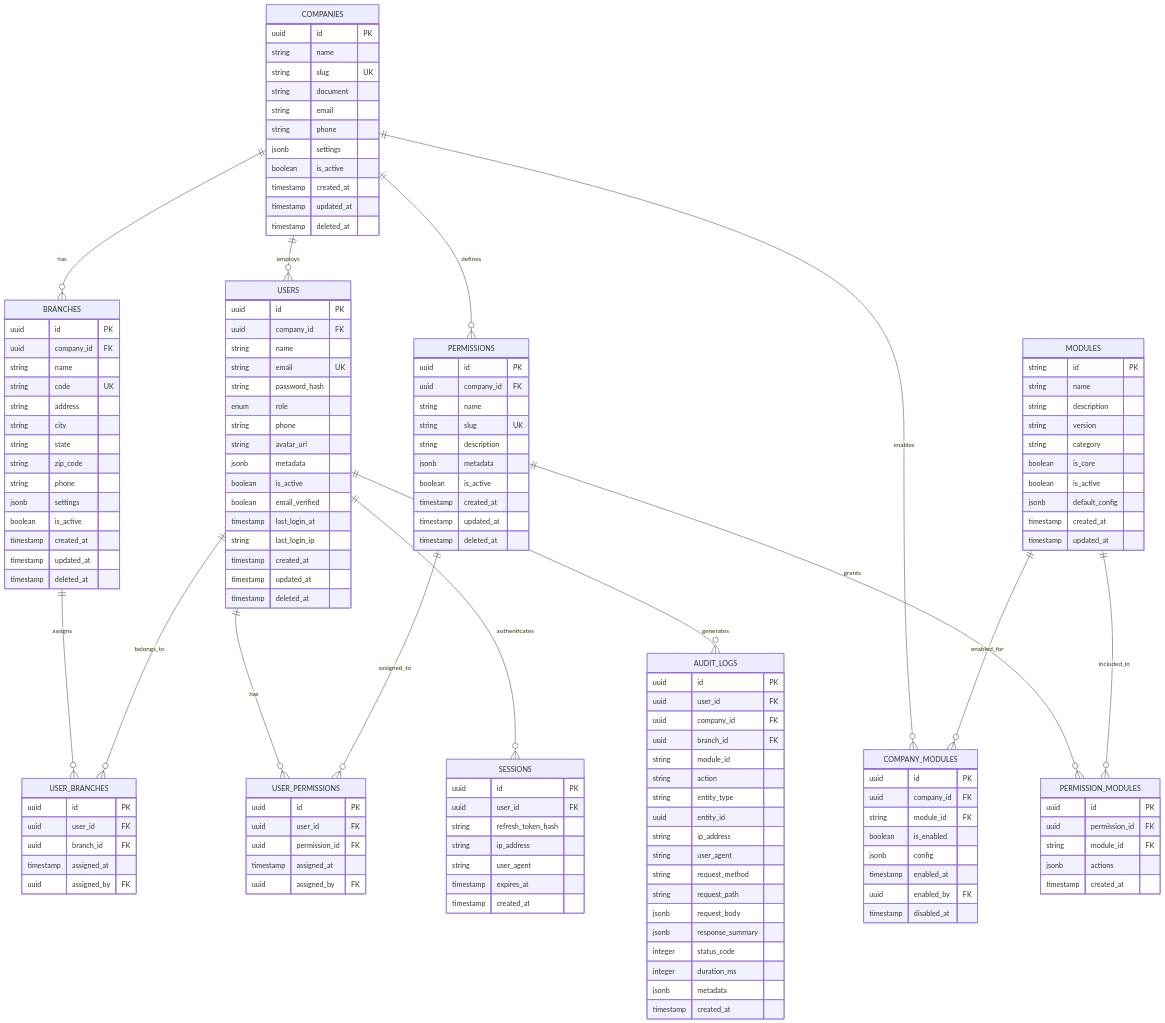
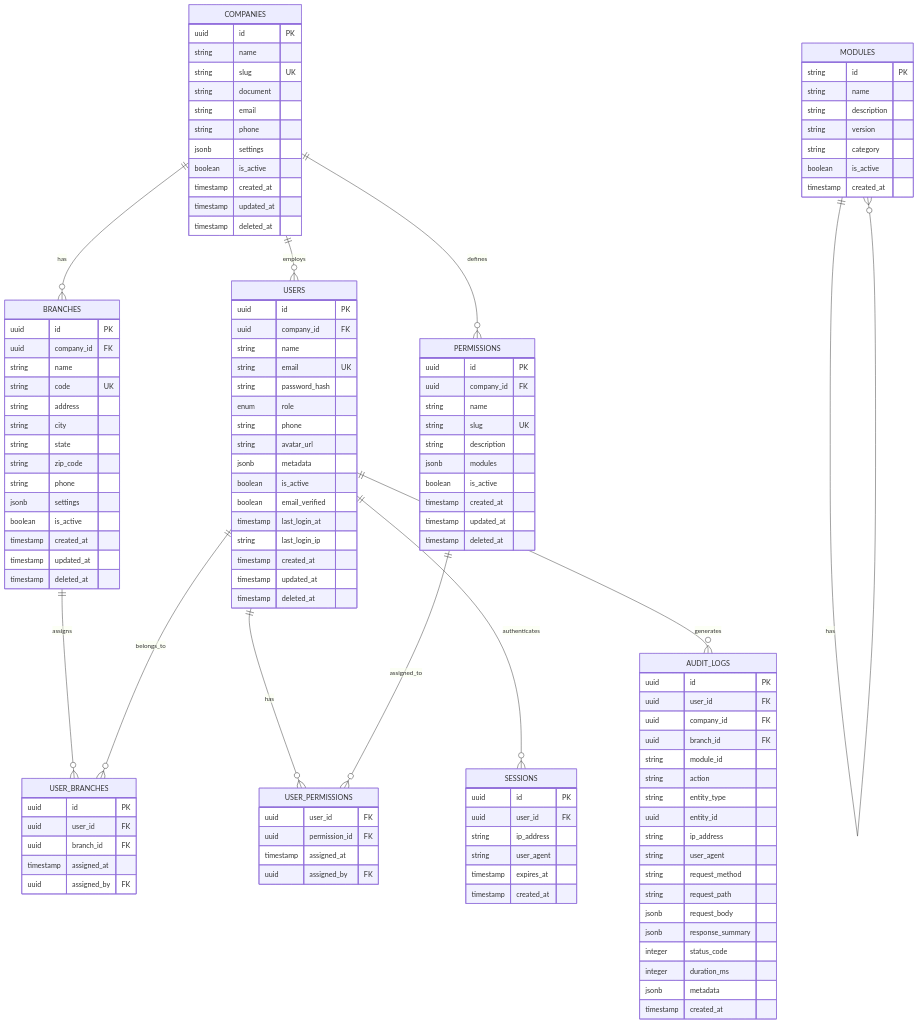
Before and after one commit to izaiasferreira/harpia.backend: the diagram in docs/features/02-database.md, drawn with Mermaid. The commit also changed other lines of this file and 45 other files, not shown here.

```diff
--- a/docs/features/02-database.md
+++ b/docs/features/02-database.md
@@ -23,7 +21,6 @@
 erDiagram
     COMPANIES ||--o{ BRANCHES : has
     COMPANIES ||--o{ USERS : employs
-    COMPANIES ||--o{ COMPANY_MODULES : enables
     COMPANIES ||--o{ PERMISSIONS : defines
     
     BRANCHES ||--o{ USER_BRANCHES : assigns
@@ -33,11 +30,9 @@
     USERS ||--o{ SESSIONS : authenticates
     USERS ||--o{ AUDIT_LOGS : generates
     
-    PERMISSIONS ||--o{ PERMISSION_MODULES : grants
     PERMISSIONS ||--o{ USER_PERMISSIONS : assigned_to
     
-    MODULES ||--o{ COMPANY_MODULES : enabled_for
-    MODULES ||--o{ PERMISSION_MODULES : included_in
+    MODULES ||--o{ MODULES : has
 
     COMPANIES {
         uuid id PK
@@ -92,7 +87,6 @@
     SESSIONS {
         uuid id PK
         uuid user_id FK
-        string refresh_token_hash
         string ip_address
         string user_agent
         timestamp expires_at
@@ -105,23 +99,14 @@
         string name
         string slug UK
         string description
-        jsonb metadata
+        jsonb modules
         boolean is_active
         timestamp created_at
         timestamp updated_at
         timestamp deleted_at
     }
 
-    PERMISSION_MODULES {
-        uuid id PK
-        uuid permission_id FK
-        string module_id FK
-        jsonb actions
-        timestamp created_at
-    }
-
     USER_PERMISSIONS {
-        uuid id PK
         uuid user_id FK
         uuid permission_id FK
         timestamp assigned_at
@@ -142,22 +127,8 @@
         string description
         string version
         string category
-        boolean is_core
         boolean is_active
-        jsonb default_config
         timestamp created_at
-        timestamp updated_at
-    }
-
-    COMPANY_MODULES {
-        uuid id PK
-        uuid company_id FK
-        string module_id FK
-        boolean is_enabled
-        jsonb config
-        timestamp enabled_at
-        uuid enabled_by FK
-        timestamp disabled_at
     }
 
     AUDIT_LOGS {
```
